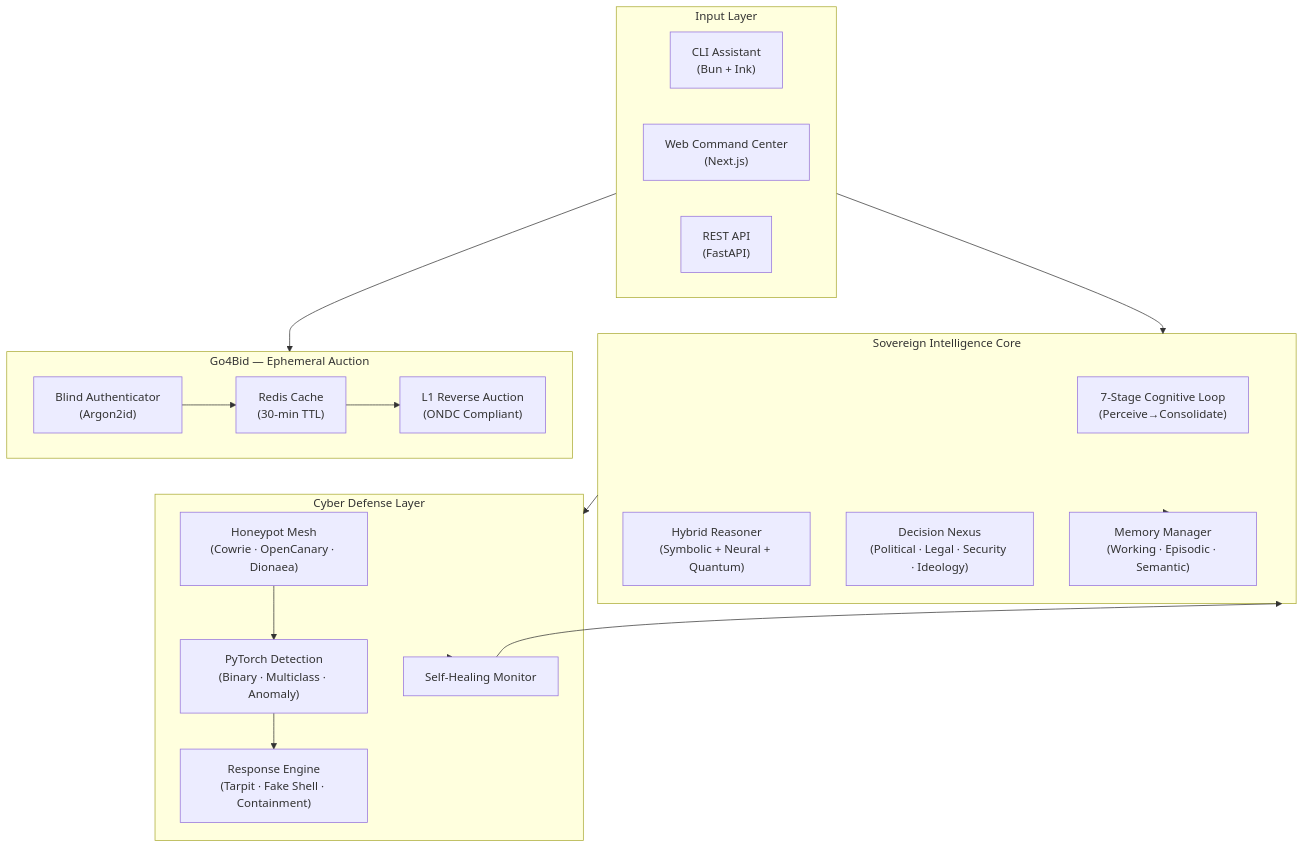
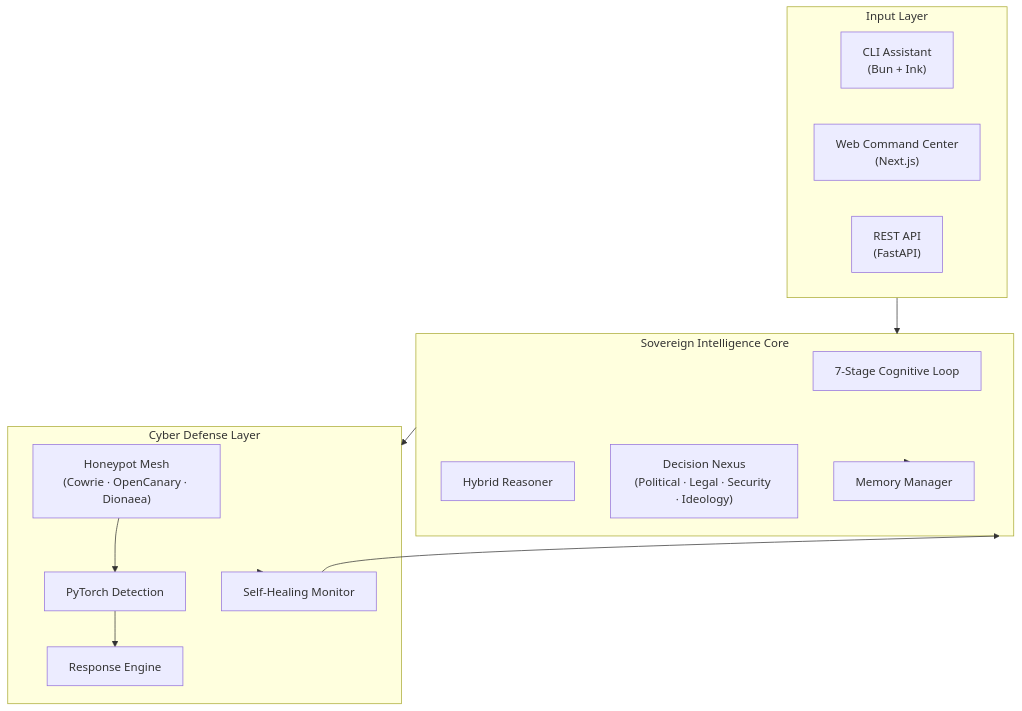
One commit to Tashima-Tarsh/Disha changed the diagram in README.md. Above: the diagram before and after it, drawn with Mermaid. The commit also changed other lines of this file and 11 other files, not shown here.

````diff
--- a/README.md
+++ b/README.md
@@ -146,36 +32,28 @@
 ```mermaid
 flowchart TD
     subgraph Input["Input Layer"]
         CLI["CLI Assistant\n(Bun + Ink)"]
         Web["Web Command Center\n(Next.js)"]
         API["REST API\n(FastAPI)"]
     end
 
     subgraph Core["Sovereign Intelligence Core"]
-        CL["7-Stage Cognitive Loop\n(Perceive→Consolidate)"]
-        HR["Hybrid Reasoner\n(Symbolic + Neural + Quantum)"]
+        CL["7-Stage Cognitive Loop"]
+        HR["Hybrid Reasoner"]
         DN["Decision Nexus\n(Political · Legal · Security · Ideology)"]
-        MM["Memory Manager\n(Working · Episodic · Semantic)"]
+        MM["Memory Manager"]
     end
 
     subgraph Defense["Cyber Defense Layer"]
         HP["Honeypot Mesh\n(Cowrie · OpenCanary · Dionaea)"]
-        ML["PyTorch Detection\n(Binary · Multiclass · Anomaly)"]
-        RE["Response Engine\n(Tarpit · Fake Shell · Containment)"]
+        ML["PyTorch Detection"]
+        RE["Response Engine"]
         SH["Self-Healing Monitor"]
-    end
-
-    subgraph Auction["Go4Bid — Ephemeral Auction"]
-        BA["Blind Authenticator\n(Argon2id)"]
-        RC["Redis Cache\n(30-min TTL)"]
-        L1["L1 Reverse Auction\n(ONDC Compliant)"]
     end
 
     Input --> Core
     Core --> MM
     Core --> Defense
     HP --> ML --> RE
     Defense --> SH --> Core
-    Input --> Auction
-    BA --> RC --> L1
 ```
````
